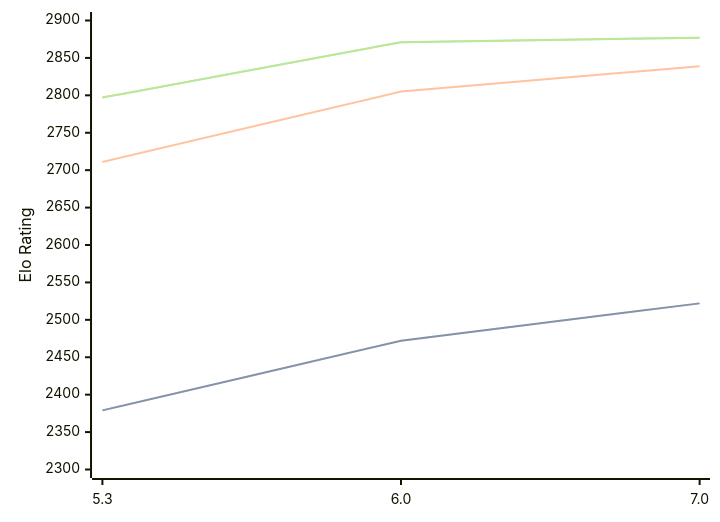
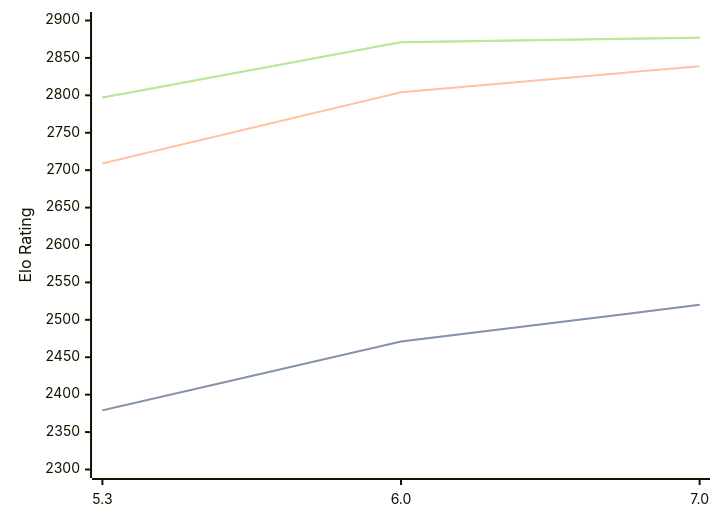
Before and after one commit to computer-chess-index/cci: the diagram in engines/tomitankChess.md, drawn with Mermaid. The commit also changed other lines of this file, not shown here.

````diff
--- a/engines/tomitankChess.md
+++ b/engines/tomitankChess.md
@@ -41,11 +41,11 @@
 ```mermaid
 %%{init: {"theme":"base","themeVariables":{"seriesColors:['#a3a3a3','#222221','#faa371']}}}%%
 xychart-beta
   x-axis ["5.3", "6.0", "7.0"]
   y-axis "Elo Rating" 2300 --> 2900
-  line "STC (8.0+0.08s)" [2379, 2472, 2522]
-  line "STC (8.0+0.08s)" [2379, 2472, 2522]
-  line "LTC (60.0+0.60s)" [2711, 2805, 2839]
+  line "STC (8.0+0.08s)" [2379, 2471, 2520]
+  line "STC (8.0+0.08s)" [2379, 2471, 2520]
+  line "LTC (60.0+0.60s)" [2709, 2804, 2839]
   line "VLTC (2m24s+1.12s)" [2797, 2871, 2877]
   line "VLTC (2m24s+1.12s)" [2797, 2871, 2877]
 ```
````
